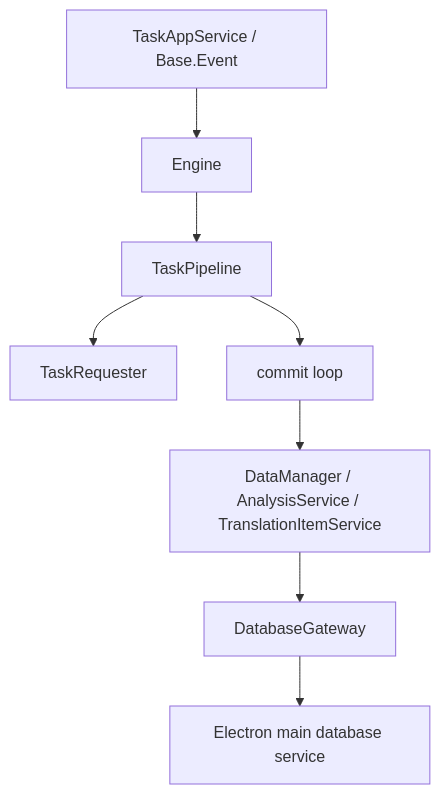
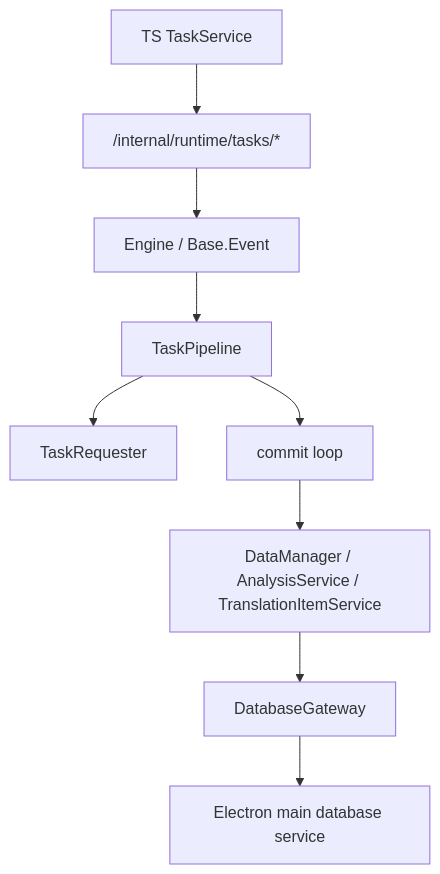
The third of 4 diagrams in docs/DATA.md (neavo/LinguaGacha), drawn with Mermaid before and after one commit. The commit also changed other lines of this file and 37 other files, not shown here.

````diff
--- a/docs/DATA.md
+++ b/docs/DATA.md
@@ -92,10 +95,11 @@
 ```mermaid
 flowchart TD
-    A["TaskAppService / Base.Event"] --> B["Engine"]
+    A["TS TaskService"] --> I["/internal/runtime/tasks/*"]
+    I --> B["Engine / Base.Event"]
     B --> C["TaskPipeline"]
     C --> D["TaskRequester"]
     C --> E["commit loop"]
     E --> F["DataManager / AnalysisService / TranslationItemService"]
     F --> G["DatabaseGateway"]
     G --> H["Electron main database service"]
 ```
````
